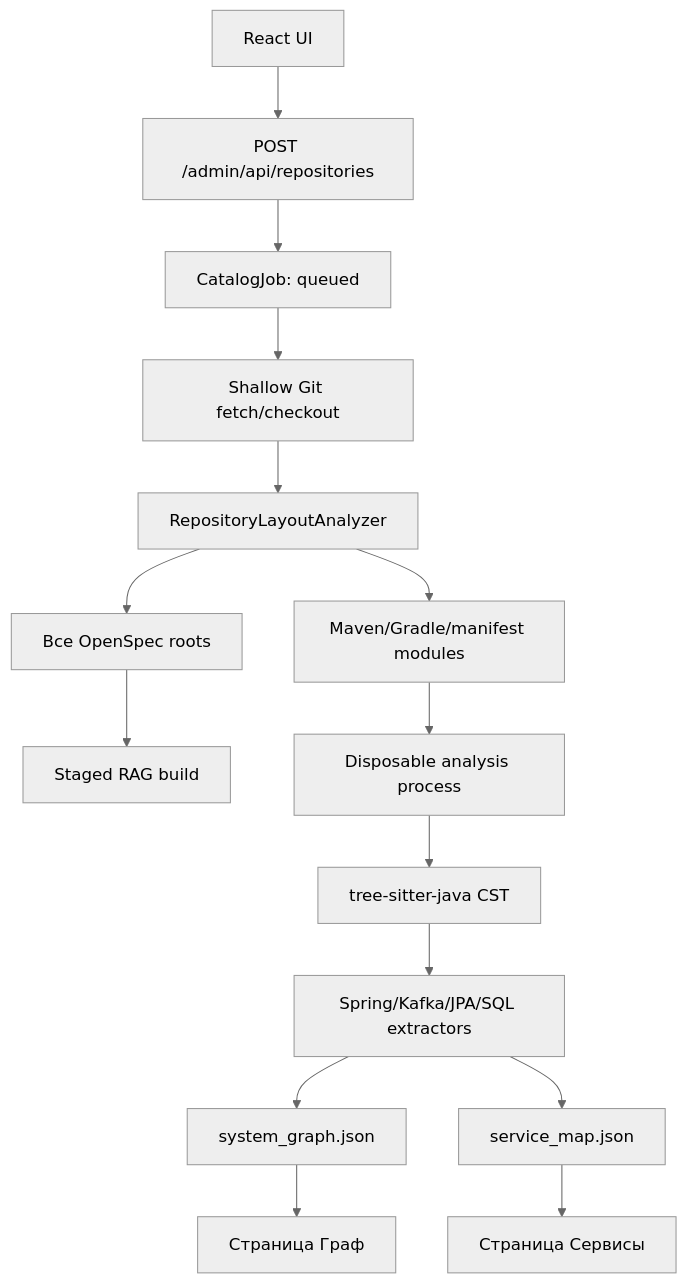
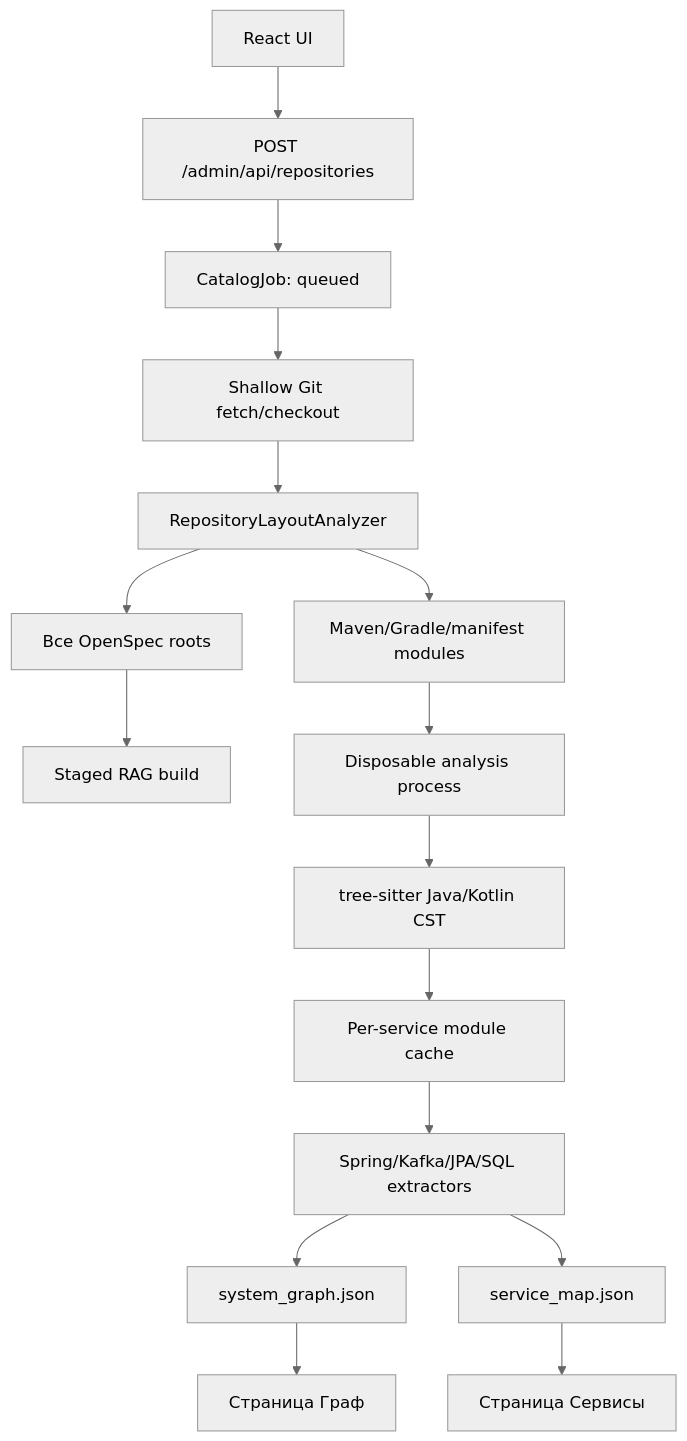
Before and after one commit to arptra/kb-rag-mcp: the diagram in README.repository-analysis.md, drawn with Mermaid (neutral theme). The commit also changed other lines of this file and 17 other files, not shown here.

````diff
--- a/README.repository-analysis.md
+++ b/README.repository-analysis.md
@@ -55,17 +62,18 @@
 ```mermaid
 flowchart TD
     UI["React UI"] --> API["POST /admin/api/repositories"]
     API --> Queue["CatalogJob: queued"]
     Queue --> Git["Shallow Git fetch/checkout"]
     Git --> Layout["RepositoryLayoutAnalyzer"]
     Layout --> Modules["Maven/Gradle/manifest modules"]
     Layout --> Specs["Все OpenSpec roots"]
     Specs --> RAG["Staged RAG build"]
     Modules --> Worker["Disposable analysis process"]
-    Worker --> TS["tree-sitter-java CST"]
-    TS --> Extractors["Spring/Kafka/JPA/SQL extractors"]
+    Worker --> TS["tree-sitter Java/Kotlin CST"]
+    TS --> Cache["Per-service module cache"]
+    Cache --> Extractors["Spring/Kafka/JPA/SQL extractors"]
     Extractors --> Full["system_graph.json"]
     Extractors --> Map["service_map.json"]
     Full --> GraphUI["Страница Граф"]
     Map --> ServicesUI["Страница Сервисы"]
 ```
````
